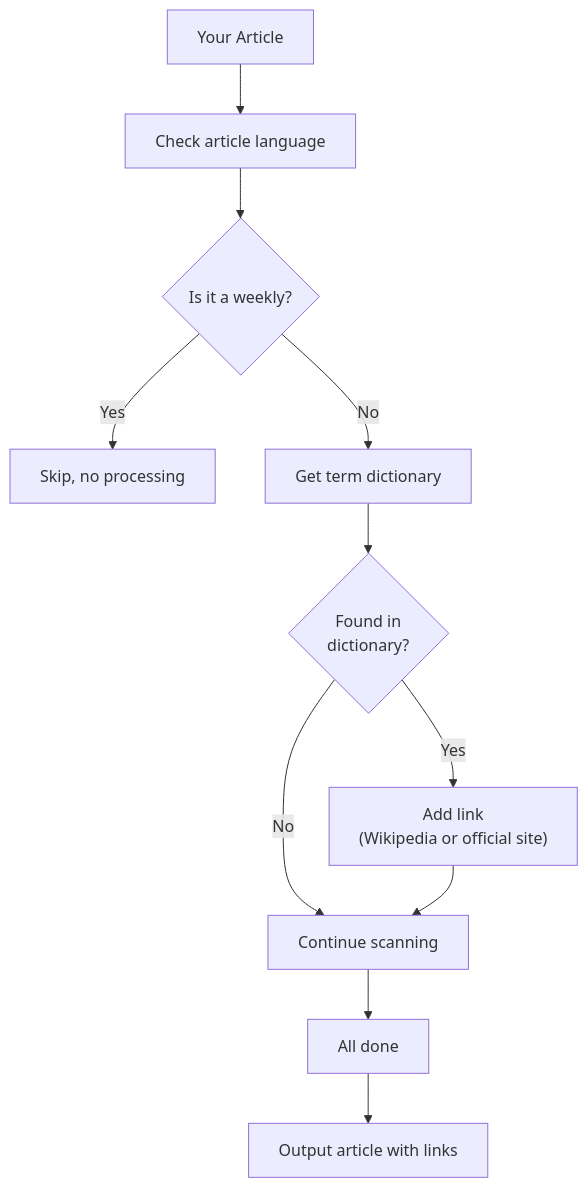
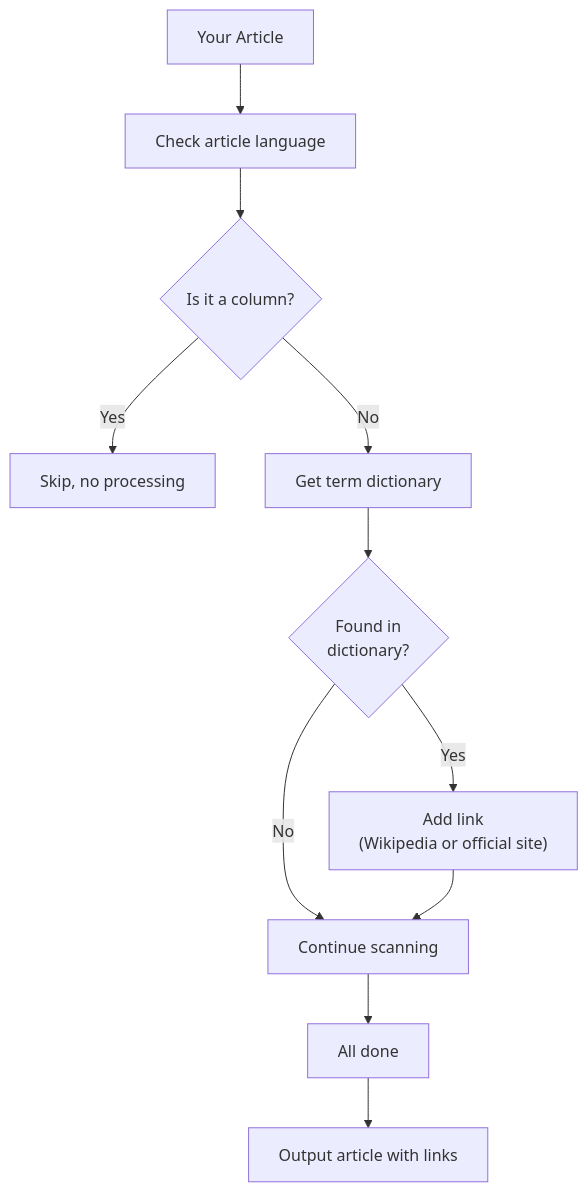
One commit to cgartlab/cgartlab.github.io changed the diagram in src/content/posts/自动给文章术语加百科链接，这个方案一分钟搞定-en.md. Above: the diagram before and after it, drawn with Mermaid. The commit also changed other lines of this file and 129 other files, not shown here.

First line of the commit message:
refactor: 周刊改名专栏（weekly → column）

````diff
--- a/src/content/posts/自动给文章术语加百科链接，这个方案一分钟搞定-en.md
+++ b/src/content/posts/自动给文章术语加百科链接，这个方案一分钟搞定-en.md
@@ -77,24 +77,24 @@
 ```mermaid
 flowchart TD
     A["Your Article"]
     B["Check article language"]
-    C{"Is it a weekly?"}
+    C{"Is it a column?"}
     D["Skip, no processing"]
     E["Get term dictionary"]
     F{"Found in<br>dictionary?"}
     G["Add link<br>(Wikipedia or official site)"]
     H["Continue scanning"]
     I["All done"]
     J["Output article with links"]
 
     A --> B
     B --> C
     C -- Yes --> D
     C -- No --> E
     E --> F
     F -- No --> H
     F -- Yes --> G
     G --> H
     H --> I
     I --> J
 ```
````
